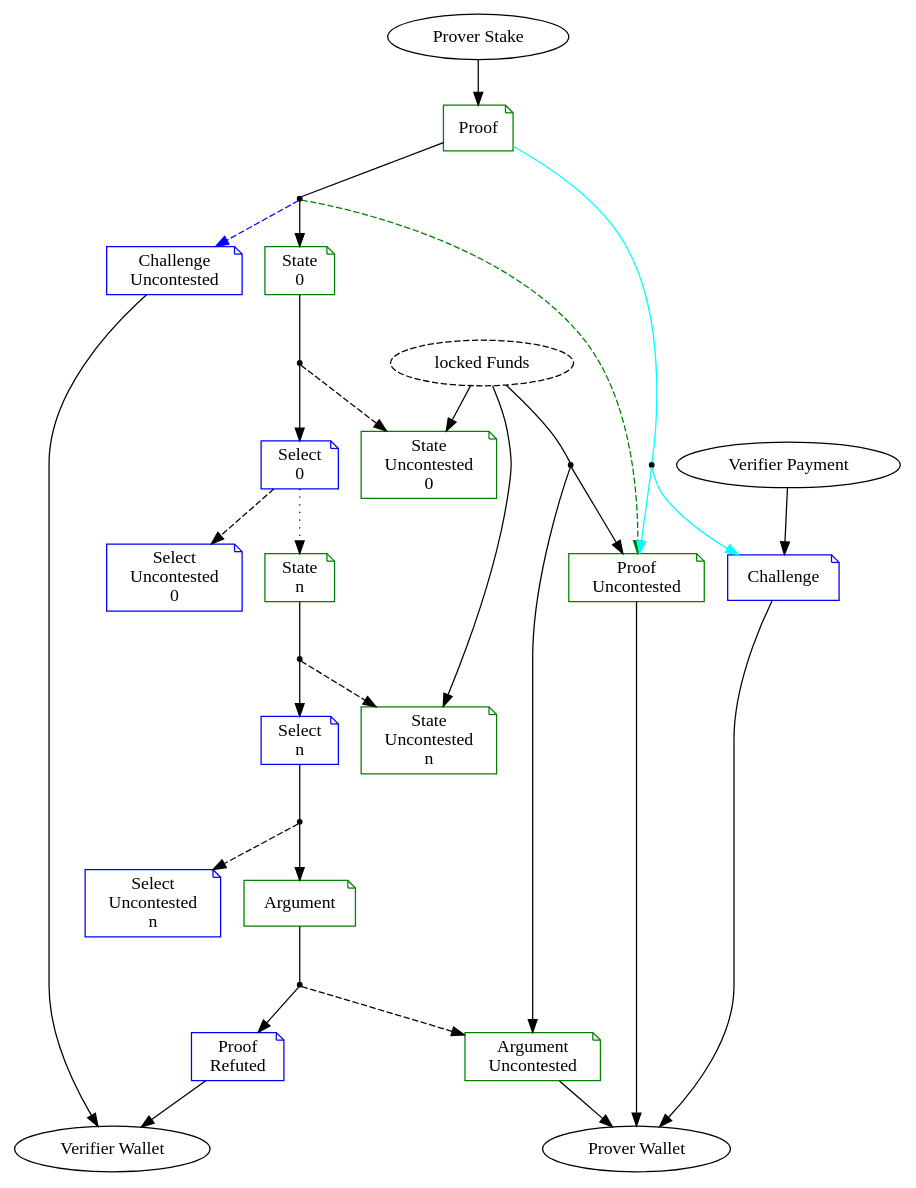
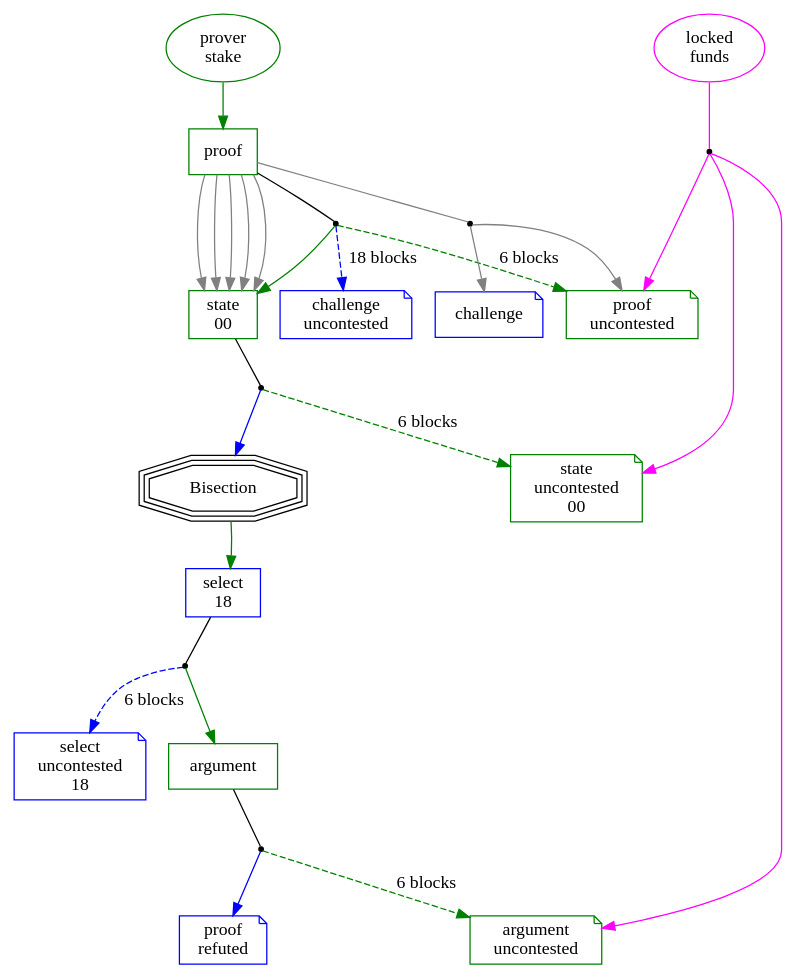
The diagram in analysis/transactions.collapsed.dot (bitsnark/bitsnark-lib), drawn with Graphviz before and after one commit. The commit also changed 5 other files, not shown here.

Commit message:
Automatic collapsed diagram

```diff
--- a/analysis/transactions.collapsed.dot
+++ b/analysis/transactions.collapsed.dot
@@ -1,62 +1,53 @@
 digraph BitSnark {
-    /* Styling. */
-    {node [shape=oval]
-        prover_stake [label="Prover Stake"]
-        verifier_payment [label="Verifier Payment"]
-        prover_wallet [label="Prover Wallet"]
-        verifier_wallet [label="Verifier Wallet"]
-        locked_funds [label="locked Funds";style=dashed]
-    }
-    {node [shape=note; color=green]
-        proof [label="Proof"]
-        proof_uncontested [label="Proof\nUncontested"]
-        argument_uncontested [label="Argument\nUncontested"]
-        state_0 [label="State\n0"]
-        state_n [label="State\nn"]
-        state_uncontested_0 [label="State\nUncontested\n0"]
-        state_uncontested_n [label="State\nUncontested\nn"]
-        argument [label="Argument"]
-    }
-    {node [shape=note;color=blue]
-        challenge [label="Challenge"]
-        challenge_uncontested [label="Challenge\nUncontested"]
-        select_0 [label="Select\n0"]
-        select_n [label="Select\nn"]
-        select_uncontested_0 [label="Select\nUncontested\n0"]
-        select_uncontested_n [label="Select\nUncontested\nn"]
-        proof_refuted [label="Proof\nRefuted"]
-    }
-    {node [shape=point] o0 o1 o2 o3 o4 o5 o6}
-
-    /* Main Flow. */
-    o0 -> {proof_uncontested; argument_uncontested} -> prover_wallet
-    prover_stake -> proof
-    proof -> o1 [arrowhead=none]
-    proof -> o2 [arrowhead=none; color=cyan]
-    o2 -> {proof_uncontested; challenge} [color=cyan]
-    o1 -> proof_uncontested [style=dashed; color=green]
-    verifier_payment -> challenge -> prover_wallet
-    o1 -> challenge_uncontested [style=dashed; color=blue; weight=2]
-    challenge_uncontested -> verifier_wallet
-
-    /* Contention Bisection. */
-    o1 -> state_0 [weight=5]
-    state_0 -> o3 [arrowhead=none; weight=2]
-    o3 -> select_0 [weight=5]
-    o3 -> state_uncontested_0 [style=dashed;weight=2]
-    select_0 -> select_uncontested_0 [style=dashed]
-    select_0 -> state_n [style=dotted; weight=3]
-    state_n -> o4 [arrowhead=none; weight=3]
-    o4 -> select_n [weight=5]
-    o4 -> state_uncontested_n [style=dashed]
-    select_n -> o5 [arrowhead=none; weight=3]
-    o5 -> argument [weight=5]
-    o5 -> select_uncontested_n [style=dashed]
-
-    /* Contention Resolution. */
-    locked_funds -> o0 [arrowhead=none]
-    locked_funds -> {state_uncontested_0 state_uncontested_n} [weight=0]
-    argument -> o6  [arrowhead=none]
-    o6 -> argument_uncontested [style=dashed]
-    o6 -> proof_refuted-> verifier_wallet
+	prover_stake [shape=oval; color=green; label="prover\nstake"]
+	proof [shape=box; color=green; label="proof"]
+	challenge [shape=note; color=blue; label="challenge"]
+	proof_uncontested [shape=note; color=green; label="proof\nuncontested"]
+	challenge_uncontested [shape=note; color=blue; label="challenge\nuncontested"]
+	locked_funds [shape=oval; color=magenta; label="locked\nfunds"]
+	state_00 [shape=box; color=green; label="state\n00"]
+	state_uncontested_00 [shape=note; color=green; label="state\nuncontested\n00"]
+	Bisection [shape=tripleoctagon; color=black; label="Bisection"]
+	select_18 [shape=box; color=blue; label="select\n18"]
+	select_uncontested_18 [shape=note; color=blue; label="select\nuncontested\n18"]
+	argument [shape=box; color=green; label="argument"]
+	proof_refuted [shape=note; color=blue; label="proof\nrefuted"]
+	argument_uncontested [shape=note; color=green; label="argument\nuncontested"]
+	{rank=same; prover_stake; locked_funds}
+	{rank=same; state_uncontested_00}
+	proof -> state_00 -> Bisection -> select_18 -> argument -> proof_refuted [style=invis; weight=30]
+	prover_stake -> proof [color=green]
+	proof_output_0 [shape=point]
+	proof -> proof_output_0 [arrowhead=none]
+	proof_output_0 -> proof_uncontested [color=green; style=dashed; label="6 blocks"]
+	proof_output_0 -> challenge_uncontested [color=blue; style=dashed; label="18 blocks"]
+	proof_output_0 -> state_00 [color=green]
+	proof -> state_00 [color=gray]
+	proof -> state_00 [color=gray]
+	proof -> state_00 [color=gray]
+	proof -> state_00 [color=gray]
+	proof -> state_00 [color=gray]
+	proof_output_6 [shape=point]
+	proof -> proof_output_6 [color=gray; arrowhead=none]
+	proof_output_6 -> challenge [color=gray]
+	proof_output_6 -> proof_uncontested [color=gray]
+	locked_funds_output_0 [shape=point]
+	locked_funds -> locked_funds_output_0 [color=magenta; arrowhead=none; weight=20]
+	locked_funds_output_0 -> proof_uncontested [color=magenta]
+	locked_funds_output_0 -> state_uncontested_00 [color=magenta]
+	locked_funds_output_0 -> argument_uncontested [color=magenta]
+	state_00_output_0 [shape=point]
+	state_00 -> state_00_output_0 [arrowhead=none]
+	state_00_output_0 -> state_uncontested_00 [color=green; style=dashed; label="6 blocks"]
+	state_00_output_0 -> Bisection [color=blue]
+	Bisection -> select_18 [color=green]
+	select_18_output_0 [shape=point]
+	select_18 -> select_18_output_0 [arrowhead=none]
+	select_18_output_0 -> select_uncontested_18 [color=blue; style=dashed; label="6 blocks"]
+	select_18_output_0 -> argument [color=green]
+	argument_output_0 [shape=point]
+	argument -> argument_output_0 [arrowhead=none]
+	argument_output_0 -> proof_refuted [color=blue]
+	argument_output_0 -> argument_uncontested [color=green; style=dashed; label="6 blocks"]
+	locked_funds -> proof_uncontested [style=invis]
 }
```
